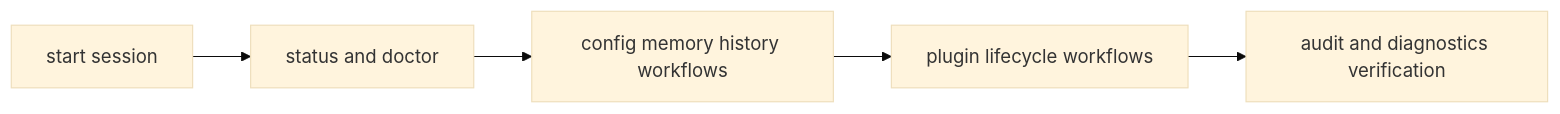
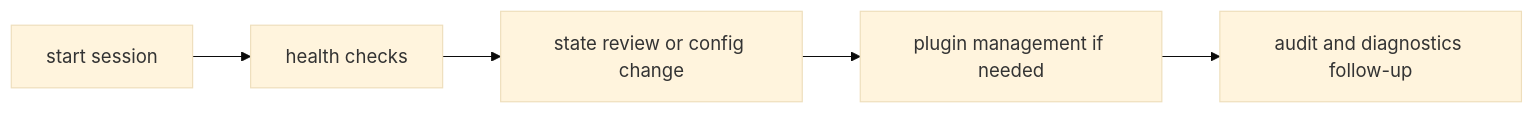
Before and after one commit to bijux/bijux-cli: the diagram in docs/bijux-cli/interfaces/operator-workflows.md, drawn with Mermaid (base theme). The commit also changed other lines of this file, not shown here.

Commit message:
docs(cli-interfaces): clarify operator workflows

````diff
--- a/docs/bijux-cli/interfaces/operator-workflows.md
+++ b/docs/bijux-cli/interfaces/operator-workflows.md
@@ -17,7 +20,7 @@
 ```mermaid
 flowchart LR
-    start["start session"] --> status["status and doctor"]
-    status --> state["config memory history workflows"]
-    state --> plugins["plugin lifecycle workflows"]
-    plugins --> verify["audit and diagnostics verification"]
+    start["start session"] --> status["health checks"]
+    status --> state["state review or config change"]
+    state --> plugins["plugin management if needed"]
+    plugins --> verify["audit and diagnostics follow-up"]
 ```
````
